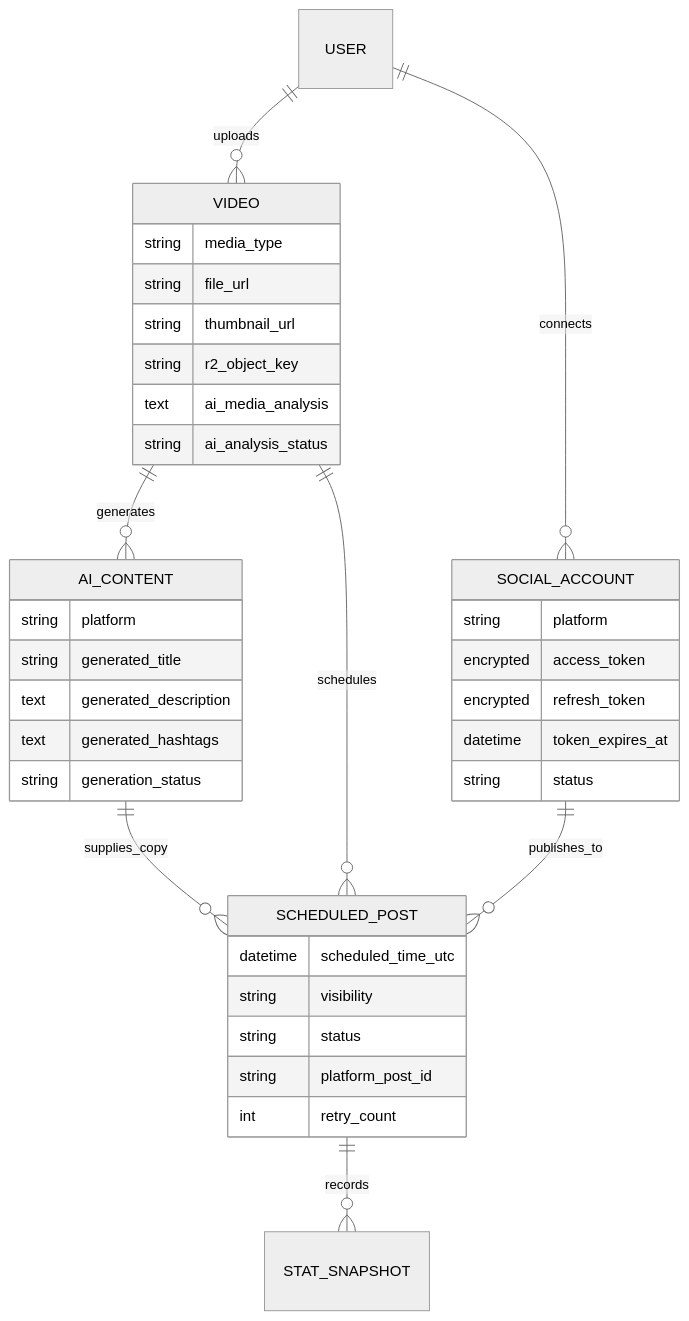
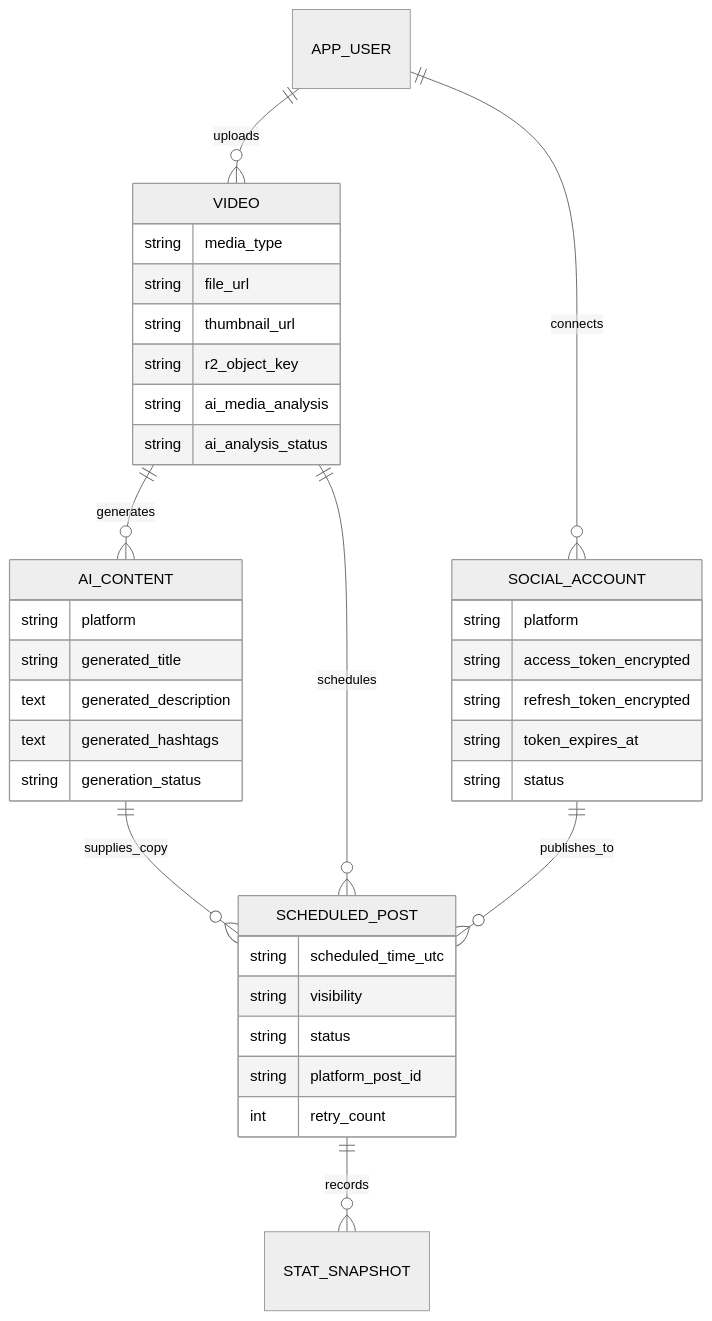
The fifth of 5 diagrams in README.md (vennela100/ai-social-media-scheduler), drawn with Mermaid (neutral theme) before and after one commit. The commit also changed other lines of this file, not shown here.

Commit message:
Fix README Mermaid diagrams

````diff
--- a/README.md
+++ b/README.md
@@ -116,43 +121,43 @@
 ```mermaid
 erDiagram
-    USER ||--o{ VIDEO : uploads
-    USER ||--o{ SOCIAL_ACCOUNT : connects
+    APP_USER ||--o{ VIDEO : uploads
+    APP_USER ||--o{ SOCIAL_ACCOUNT : connects
     VIDEO ||--o{ AI_CONTENT : generates
     VIDEO ||--o{ SCHEDULED_POST : schedules
     SOCIAL_ACCOUNT ||--o{ SCHEDULED_POST : publishes_to
     AI_CONTENT ||--o{ SCHEDULED_POST : supplies_copy
     SCHEDULED_POST ||--o{ STAT_SNAPSHOT : records
 
     VIDEO {
         string media_type
         string file_url
         string thumbnail_url
         string r2_object_key
-        text ai_media_analysis
+        string ai_media_analysis
         string ai_analysis_status
     }
 
     SOCIAL_ACCOUNT {
         string platform
-        encrypted access_token
-        encrypted refresh_token
-        datetime token_expires_at
+        string access_token_encrypted
+        string refresh_token_encrypted
+        string token_expires_at
         string status
     }
 
     AI_CONTENT {
         string platform
         string generated_title
         text generated_description
         text generated_hashtags
         string generation_status
     }
 
     SCHEDULED_POST {
-        datetime scheduled_time_utc
+        string scheduled_time_utc
         string visibility
         string status
         string platform_post_id
         int retry_count
     }
 ```
````
